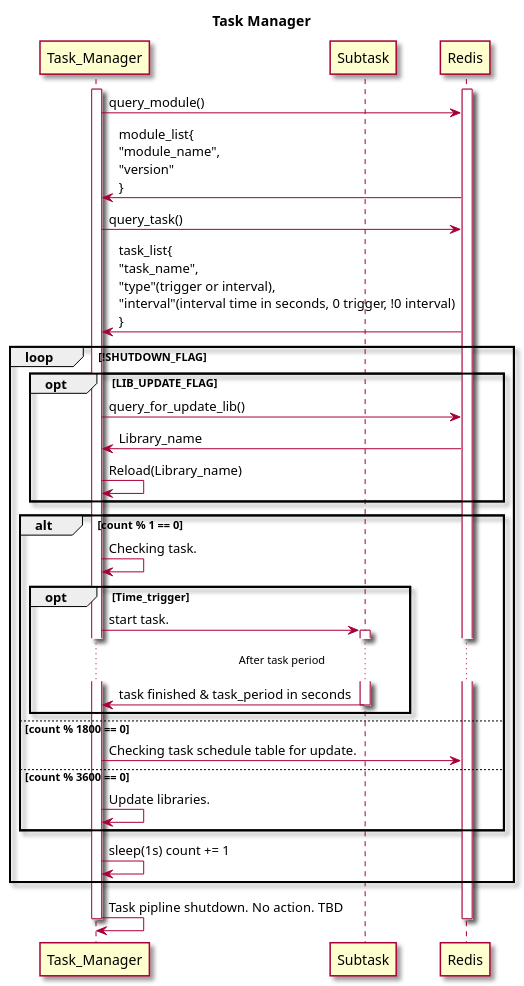
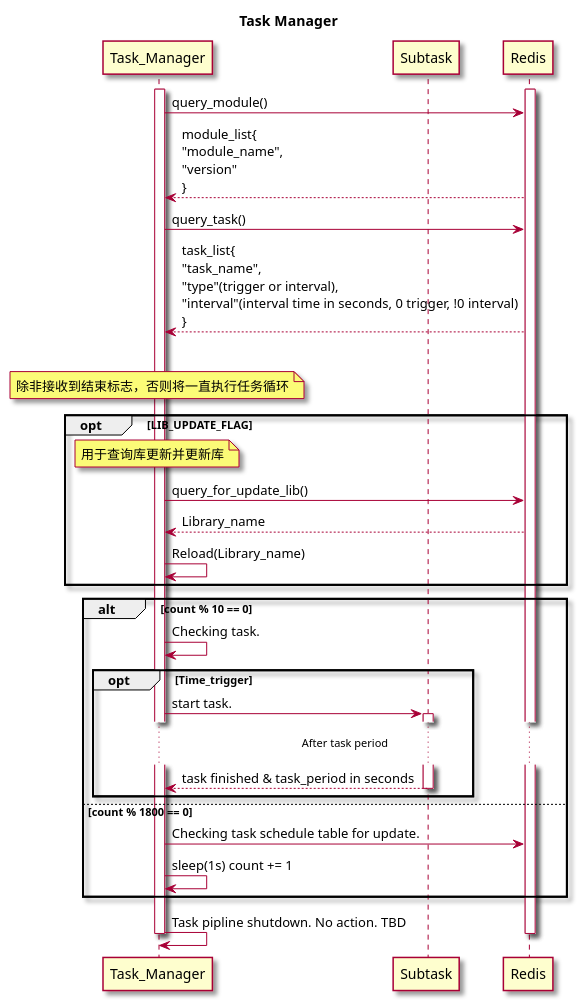
Before and after one commit to FrederichRiver/Phoenix: the diagram in Doc/requirement/sequence_diagram/task_manager.puml, drawn with PlantUML. The commit also changed 3 other files, not shown here.

```diff
--- a/Doc/requirement/sequence_diagram/task_manager.puml
+++ b/Doc/requirement/sequence_diagram/task_manager.puml
@@ -1,46 +1,44 @@
 @startuml task_manager
 title Task Manager
 skin rose
 
 
 participant Task_Manager as Task
 participant Subtask
 
 activate Redis
 
 activate Task
 Task -> Redis: query_module()
-Redis -> Task: module_list{\n"module_name",\n"version"\n}
+return module_list{\n"module_name",\n"version"\n}
 
 Task -> Redis: query_task()
-Redis -> Task: task_list{\n"task_name",\n"type"(trigger or interval),\n"interval"(interval time in seconds, 0 trigger, !0 interval)\n}
+return task_list{\n"task_name",\n"type"(trigger or interval),\n"interval"(interval time in seconds, 0 trigger, !0 interval)\n}
 
 loop !SHUTDOWN_FLAG
+    note over Task: 除非接收到结束标志，否则将一直执行任务循环
     opt LIB_UPDATE_FLAG
+        note over Task: 用于查询库更新并更新库
         Task -> Redis: query_for_update_lib()
-        Redis -> Task: Library_name
+        return Library_name
         Task -> Task: Reload(Library_name)
     end
-
-    alt count % 1 == 0
+    alt count % 10 == 0
         Task -> Task: Checking task.
         opt Time_trigger
             Task -> Subtask: start task.
             activate Subtask
             ...After task period...
-            Subtask -> Task: task finished & task_period in seconds
+            return task finished & task_period in seconds
             deactivate Subtask
         end
     else count % 1800 == 0
         Task -> Redis: Checking task schedule table for update.
-    else count % 3600 == 0
-        Task -> Task: Update libraries.
-    end
     Task -> Task: sleep(1s) count += 1
 end
 Task -> Task: Task pipline shutdown. No action. TBD
 deactivate Task
 
 deactivate Redis
 
 @enduml
```
